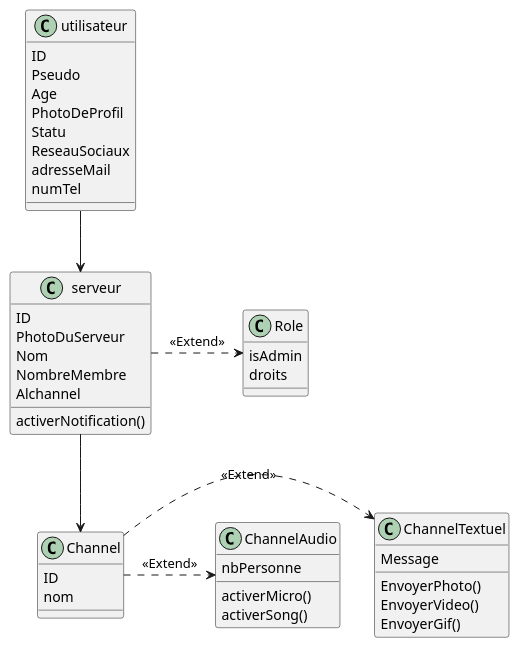
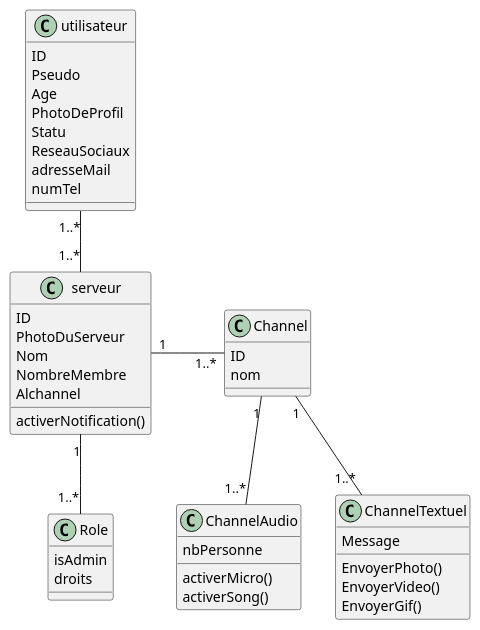
Before and after one commit to IUT-Blagnac/bcoo-retro2021-bcoo-retro2021-g16: the diagram in retro/diagrammes/Discord.plantuml, drawn with PlantUML.

```diff
--- a/retro/diagrammes/Discord.plantuml
+++ b/retro/diagrammes/Discord.plantuml
@@ -1,52 +1,52 @@
 @startuml
 
 class utilisateur {
   ID
   Pseudo 
   Age 
   PhotoDeProfil
   Statu
   ReseauSociaux
   adresseMail
   numTel
 }
 
 class serveur {
   ID
   PhotoDuServeur
   Nom
   NombreMembre
   Alchannel 
   activerNotification()
 }
 
 class Role {
   isAdmin
   droits
 }
 
 class Channel {
   ID
   nom
 }
 
 class ChannelAudio{
   nbPersonne
   activerMicro()
   activerSong()
 }
 
 class ChannelTextuel{
   Message
   EnvoyerPhoto()
   EnvoyerVideo()
   EnvoyerGif()
 }
 
-utilisateur --> serveur
-serveur .> Role : <<Extend>>
-serveur --> Channel
-Channel .> ChannelTextuel : <<Extend>>
-Channel .> ChannelAudio : <<Extend>>
+utilisateur"1..*" -- "1..*" serveur
+serveur"1" -- "1..*"  Role
+serveur "1 " -right- " 1..*" Channel : "           "
+Channel "1" -- "1..*"  ChannelTextuel 
+Channel "1" -- "1..*" ChannelAudio 
 
 @enduml
```
